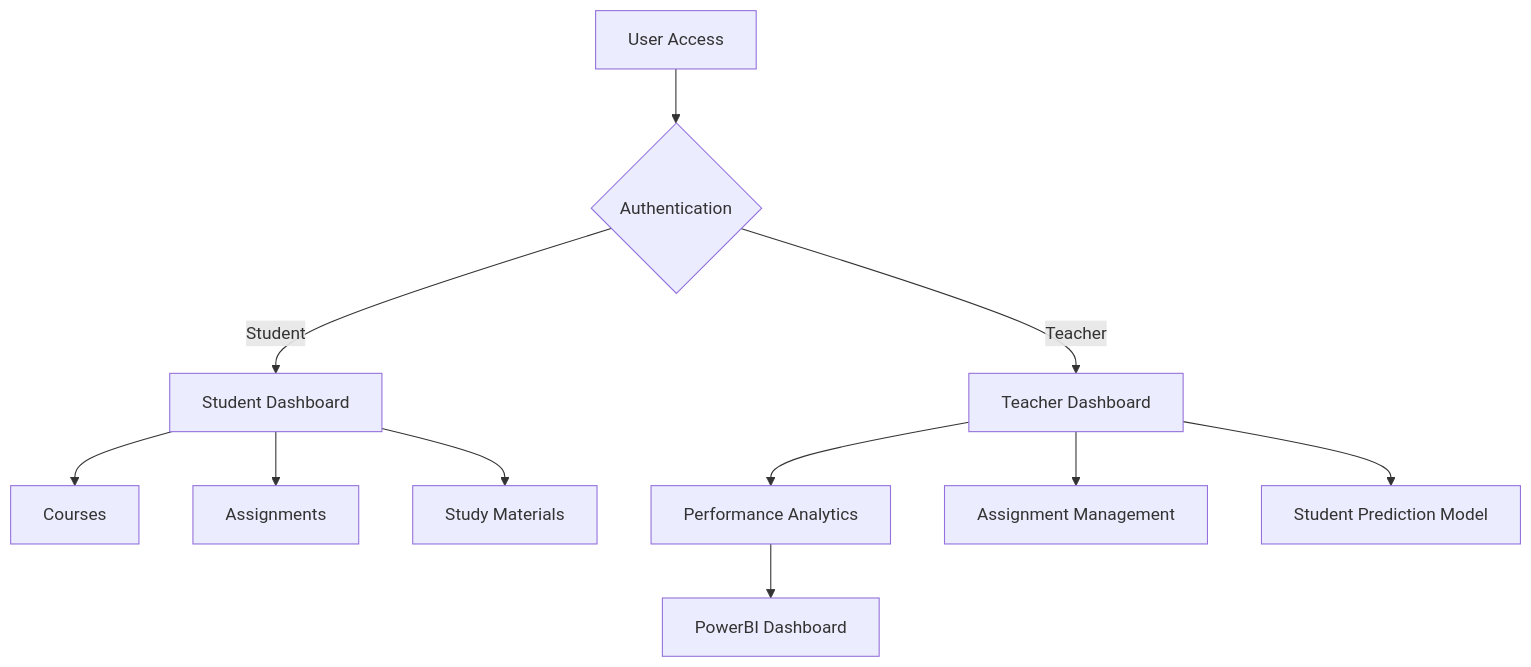
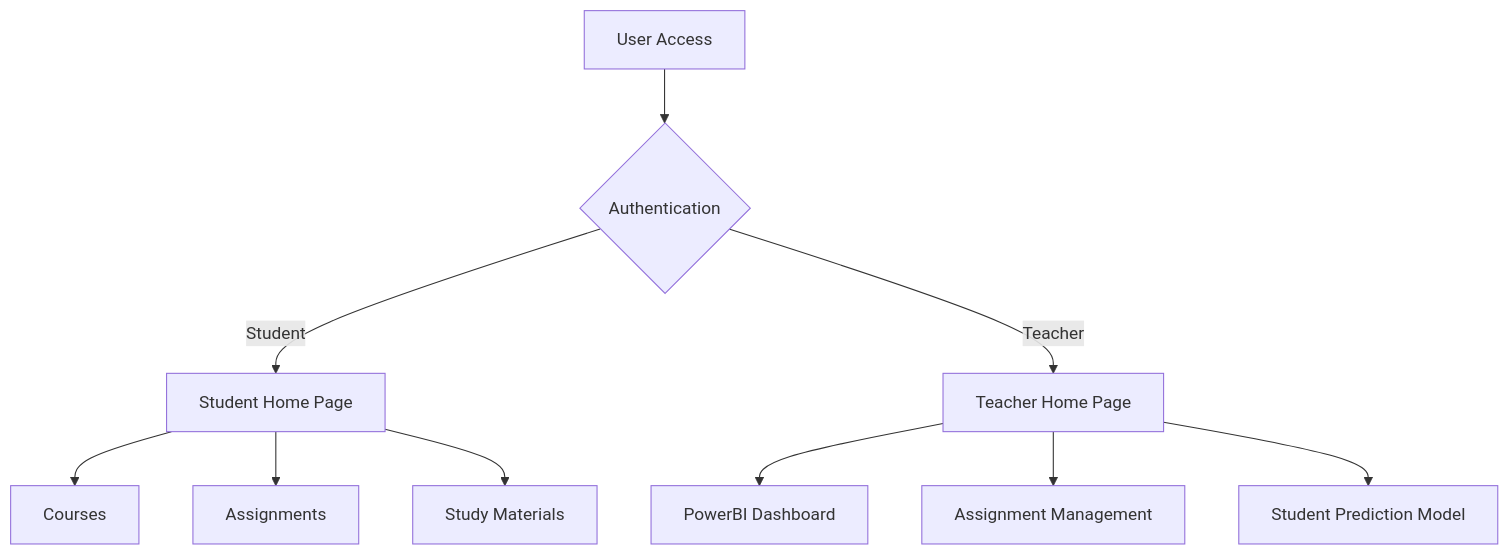
Before and after one commit to anshh-arora/Secure-Learning-Management-System-with-Content-Encryption-and-Student-Performance-Prediction: the diagram in README.md, drawn with Mermaid. The commit also changed other lines of this file, not shown here.

````diff
--- a/README.md
+++ b/README.md
@@ -36,13 +45,13 @@
 ```mermaid
 graph TD
     A[User Access] --> B{Authentication}
-    B -->|Student| C[Student Dashboard]
-    B -->|Teacher| D[Teacher Dashboard]
+    B -->|Student| C[Student Home Page]
+    B -->|Teacher| D[Teacher Home Page]
     C --> E[Courses]
     C --> F[Assignments]
     C --> G[Study Materials]
-    D --> H[Performance Analytics]
+    D --> H[PowerBI Dashboard]
     D --> I[Assignment Management]
     D --> J[Student Prediction Model]
-    H --> K[PowerBI Dashboard]
+    
 ```
````
